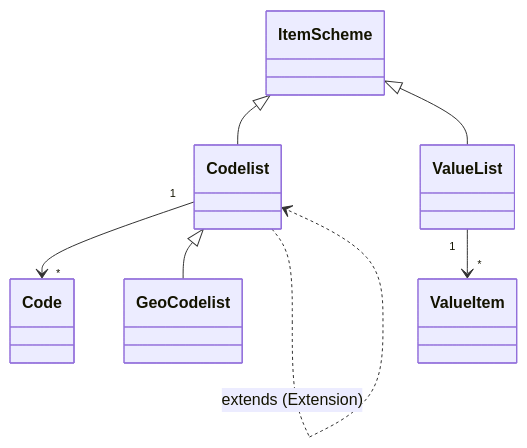
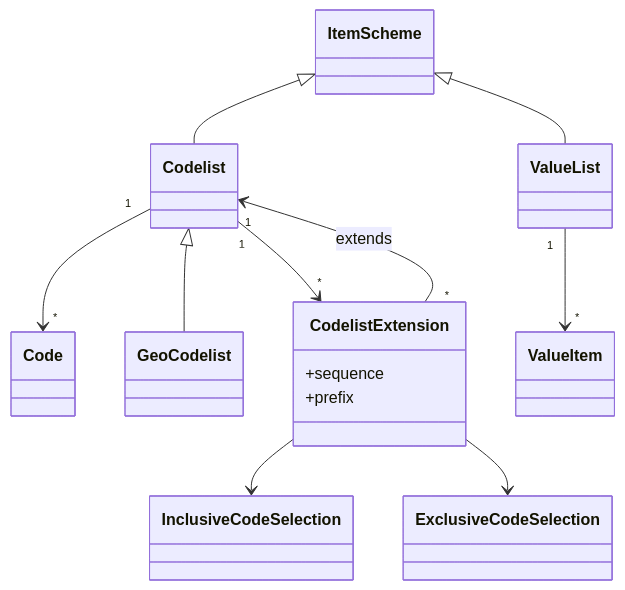
The second of 9 diagrams in docs/models-relationships/01_glossary/01_glossary_overview.md (sdmx-twg/wp-sdmx-dpm), drawn with Mermaid before and after one commit. The commit also changed other lines of this file, not shown here.

First line of the commit message:
fix: describe codelist extension subsetting mechanisms

````diff
--- a/docs/models-relationships/01_glossary/01_glossary_overview.md
+++ b/docs/models-relationships/01_glossary/01_glossary_overview.md
@@ -55,9 +66,16 @@
 ```mermaid
 classDiagram
     ItemScheme <|-- Codelist
     ItemScheme <|-- ValueList
     Codelist "1" --> "*" Code
     ValueList "1" --> "*" ValueItem
     Codelist <|-- GeoCodelist
-    Codelist ..> Codelist : extends (Extension)
+    Codelist "1" --> "*" CodelistExtension
+    CodelistExtension "*" --> "1" Codelist : extends
+    class CodelistExtension {
+      +sequence
+      +prefix
+    }
+    CodelistExtension --> InclusiveCodeSelection
+    CodelistExtension --> ExclusiveCodeSelection
 ```
````
